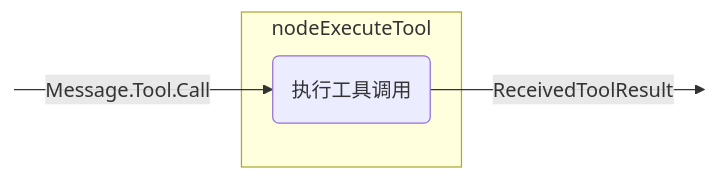
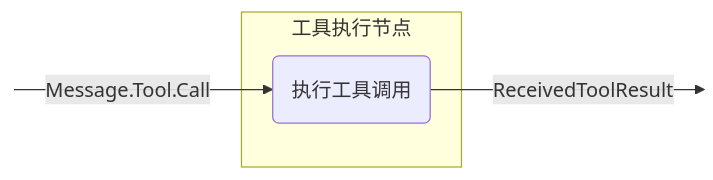
Diagram 11 of 15 in docs/koog/nodes-and-components.md (BinaryTape/Open-Docs), drawn with Mermaid before and after one commit. The commit also changed other lines of this file and 164 other files, not shown here.

````diff
--- a/docs/koog/nodes-and-components.md
+++ b/docs/koog/nodes-and-components.md
@@ -561,13 +559,13 @@
 ```mermaid
 graph LR
     in:::hidden
     out:::hidden
     
-    subgraph node ["nodeExecuteTool"]
+    subgraph node ["工具执行节点"]
         execute(执行工具调用)
     end
     
     in --Message.Tool.Call--> execute --ReceivedToolResult--> out
 
     classDef hidden display: none;
 ```
````
